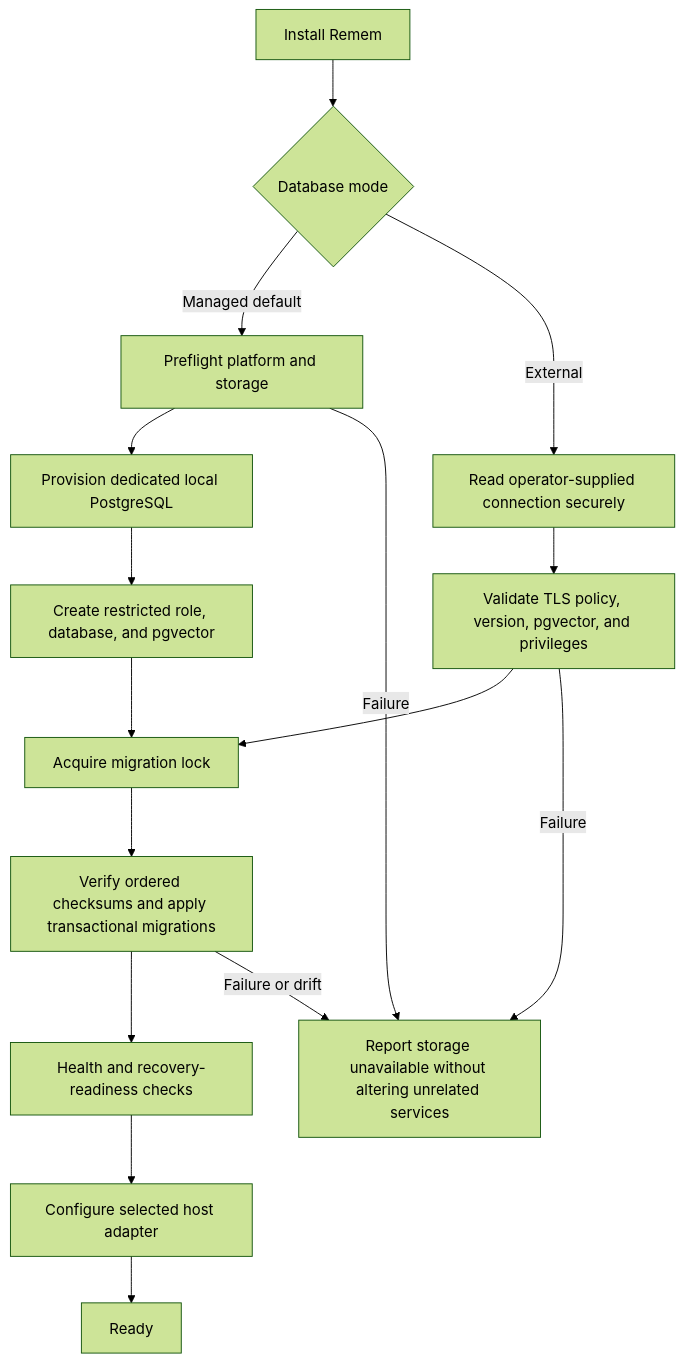
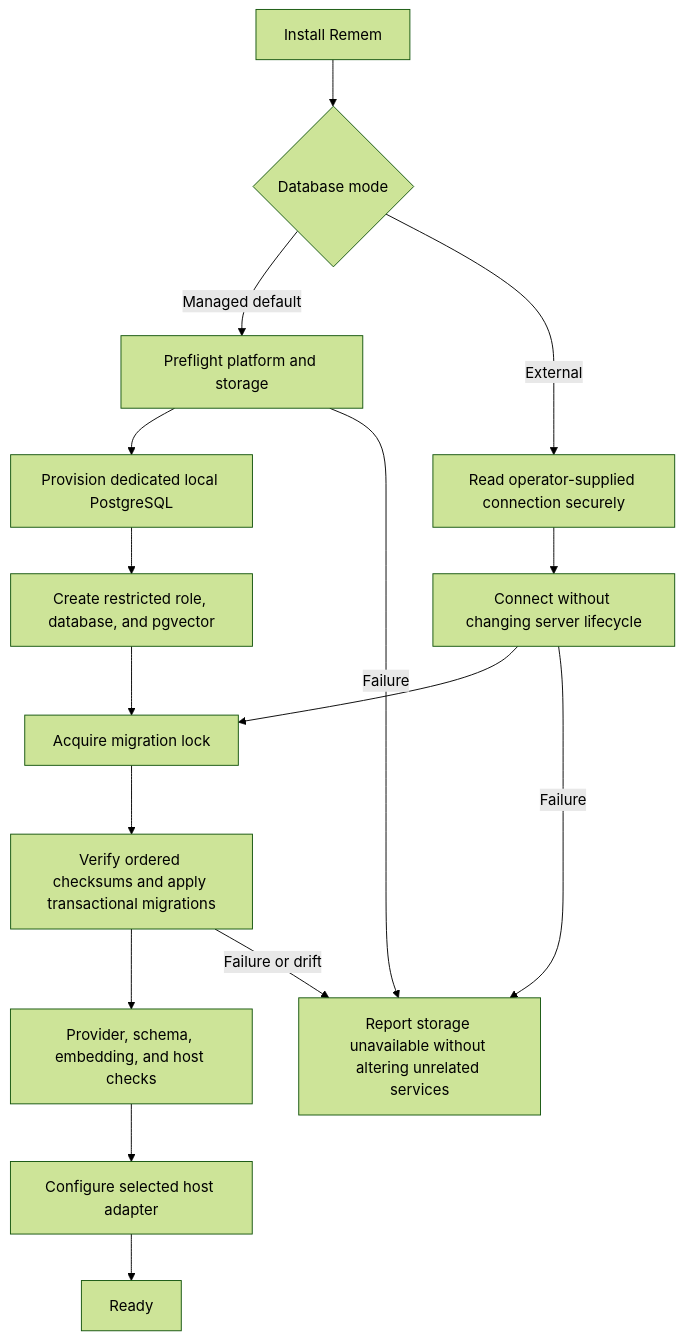
One commit to cgkades/remem changed the fourth of 5 diagrams in docs/architecture.md. Above: the diagram before and after it, drawn with Mermaid (forest theme). The commit also changed other lines of this file and 22 other files, not shown here.

````diff
--- a/docs/architecture.md
+++ b/docs/architecture.md
@@ -181,18 +189,18 @@
 ```mermaid
 flowchart TD
     A[Install Remem] --> B{Database mode}
     B -->|Managed default| C[Preflight platform and storage]
     C --> D[Provision dedicated local PostgreSQL]
     D --> E[Create restricted role, database, and pgvector]
     B -->|External| F[Read operator-supplied connection securely]
-    F --> G[Validate TLS policy, version, pgvector, and privileges]
+    F --> G[Connect without changing server lifecycle]
     E --> H[Acquire migration lock]
     G --> H
     H --> I[Verify ordered checksums and apply transactional migrations]
-    I --> J[Health and recovery-readiness checks]
+    I --> J[Provider, schema, embedding, and host checks]
     J --> K[Configure selected host adapter]
     K --> L[Ready]
     C -->|Failure| X[Report storage unavailable without altering unrelated services]
     G -->|Failure| X
     I -->|Failure or drift| X
 ```
````
